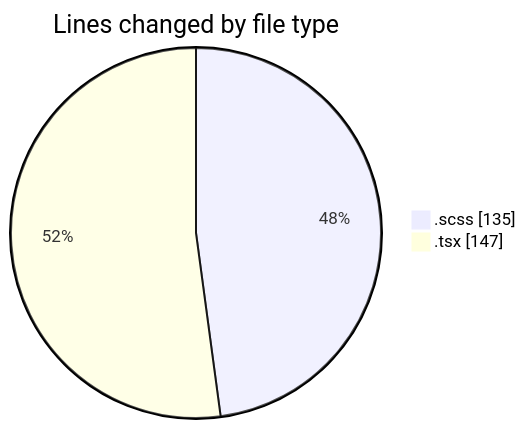
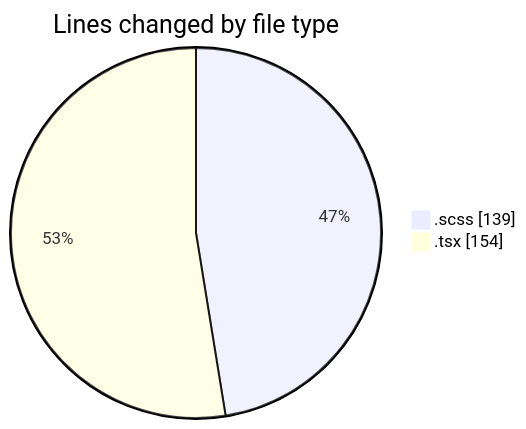
The first of 2 diagrams in 2025-03-04/cda/README.md (momahboobian/code-tracking), drawn with Mermaid before and after one commit. The commit also changed other lines of this file and 1 other file, not shown here.

````diff
--- a/2025-03-04/cda/README.md
+++ b/2025-03-04/cda/README.md
@@ -23,6 +23,6 @@
 ```mermaid
 pie showData
 title Lines changed by file type
-".scss" : 135
-".tsx" : 147
+".scss" : 139
+".tsx" : 154
 ```
````
